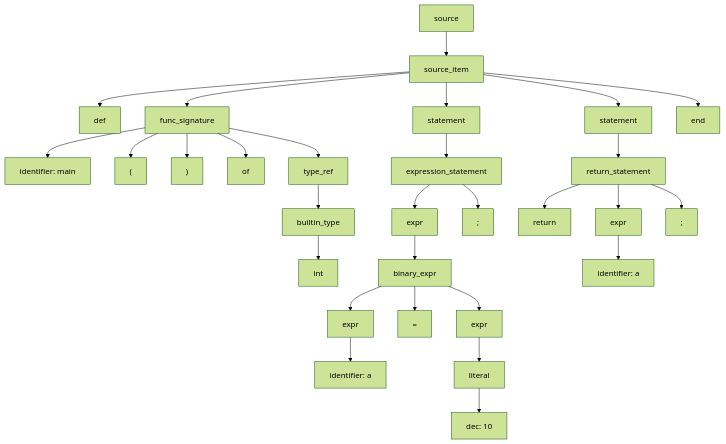
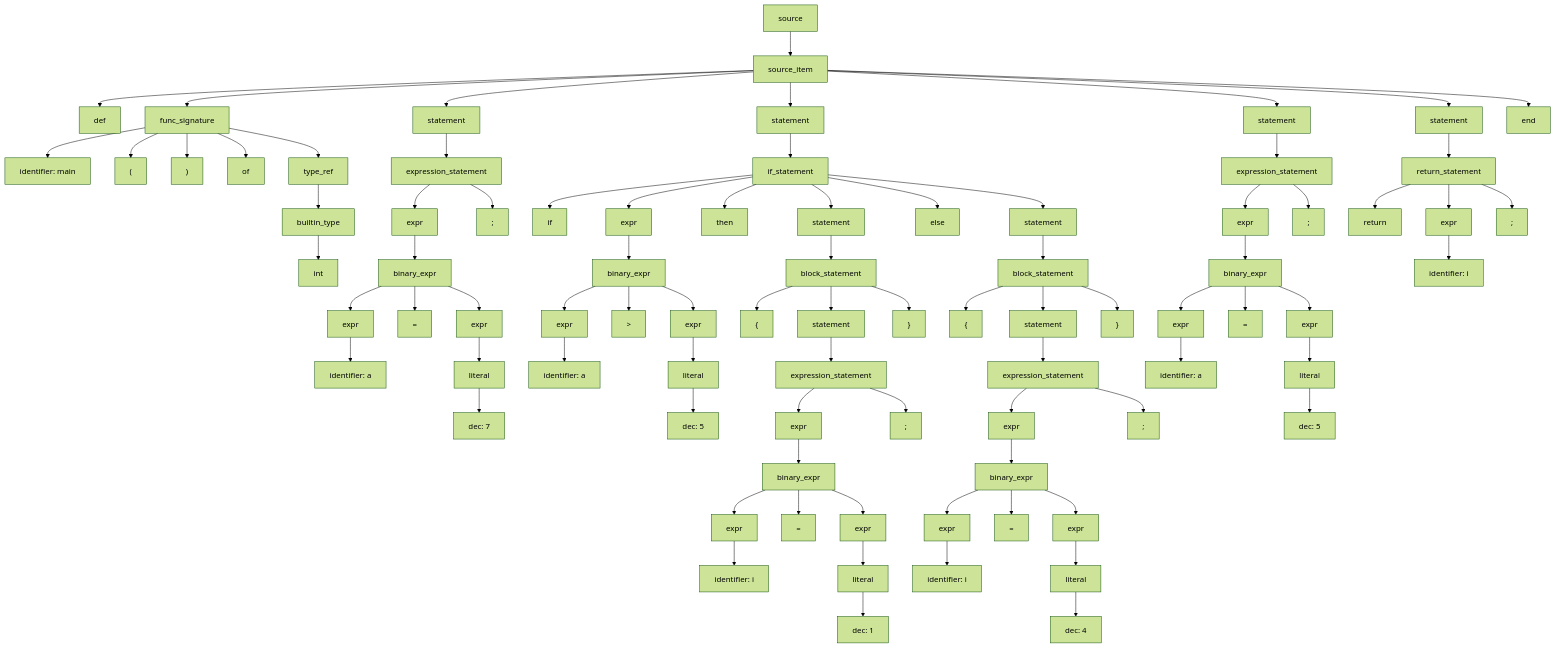
One commit to ErnandesDaniel/system-software-lab-3 changed the diagram in ast.mmd. Above: the diagram before and after it, drawn with Mermaid (forest theme). The commit also changed 1 other file, not shown here.

```diff
--- a/ast.mmd
+++ b/ast.mmd
@@ -1,58 +1,166 @@
 graph TD;
 N0["source"]
 N1["source_item"]
 N0 --> N1
 N2["def"]
 N1 --> N2
 N3["func_signature"]
 N1 --> N3
 N4["identifier: main"]
 N3 --> N4
 N5["("]
 N3 --> N5
 N6[")"]
 N3 --> N6
 N7["of"]
 N3 --> N7
 N8["type_ref"]
 N3 --> N8
 N9["builtin_type"]
 N8 --> N9
 N10["int"]
 N9 --> N10
 N11["statement"]
 N1 --> N11
 N12["expression_statement"]
 N11 --> N12
 N13["expr"]
 N12 --> N13
 N14["binary_expr"]
 N13 --> N14
 N15["expr"]
 N14 --> N15
 N16["identifier: a"]
 N15 --> N16
 N17["="]
 N14 --> N17
 N18["expr"]
 N14 --> N18
 N19["literal"]
 N18 --> N19
-N20["dec: 10"]
+N20["dec: 7"]
 N19 --> N20
 N21[";"]
 N12 --> N21
 N22["statement"]
 N1 --> N22
-N23["return_statement"]
+N23["if_statement"]
 N22 --> N23
-N24["return"]
+N24["if"]
 N23 --> N24
 N25["expr"]
 N23 --> N25
-N26["identifier: a"]
+N26["binary_expr"]
 N25 --> N26
-N27[";"]
-N23 --> N27
-N28["end"]
-N1 --> N28
+N27["expr"]
+N26 --> N27
+N28["identifier: a"]
+N27 --> N28
+N29[">"]
+N26 --> N29
+N30["expr"]
+N26 --> N30
+N31["literal"]
+N30 --> N31
+N32["dec: 5"]
+N31 --> N32
+N33["then"]
+N23 --> N33
+N34["statement"]
+N23 --> N34
+N35["block_statement"]
+N34 --> N35
+N36["{"]
+N35 --> N36
+N37["statement"]
+N35 --> N37
+N38["expression_statement"]
+N37 --> N38
+N39["expr"]
+N38 --> N39
+N40["binary_expr"]
+N39 --> N40
+N41["expr"]
+N40 --> N41
+N42["identifier: i"]
+N41 --> N42
+N43["="]
+N40 --> N43
+N44["expr"]
+N40 --> N44
+N45["literal"]
+N44 --> N45
+N46["dec: 1"]
+N45 --> N46
+N47[";"]
+N38 --> N47
+N48["}"]
+N35 --> N48
+N49["else"]
+N23 --> N49
+N50["statement"]
+N23 --> N50
+N51["block_statement"]
+N50 --> N51
+N52["{"]
+N51 --> N52
+N53["statement"]
+N51 --> N53
+N54["expression_statement"]
+N53 --> N54
+N55["expr"]
+N54 --> N55
+N56["binary_expr"]
+N55 --> N56
+N57["expr"]
+N56 --> N57
+N58["identifier: i"]
+N57 --> N58
+N59["="]
+N56 --> N59
+N60["expr"]
+N56 --> N60
+N61["literal"]
+N60 --> N61
+N62["dec: 4"]
+N61 --> N62
+N63[";"]
+N54 --> N63
+N64["}"]
+N51 --> N64
+N65["statement"]
+N1 --> N65
+N66["expression_statement"]
+N65 --> N66
+N67["expr"]
+N66 --> N67
+N68["binary_expr"]
+N67 --> N68
+N69["expr"]
+N68 --> N69
+N70["identifier: a"]
+N69 --> N70
+N71["="]
+N68 --> N71
+N72["expr"]
+N68 --> N72
+N73["literal"]
+N72 --> N73
+N74["dec: 5"]
+N73 --> N74
+N75[";"]
+N66 --> N75
+N76["statement"]
+N1 --> N76
+N77["return_statement"]
+N76 --> N77
+N78["return"]
+N77 --> N78
+N79["expr"]
+N77 --> N79
+N80["identifier: i"]
+N79 --> N80
+N81[";"]
+N77 --> N81
+N82["end"]
+N1 --> N82
```
